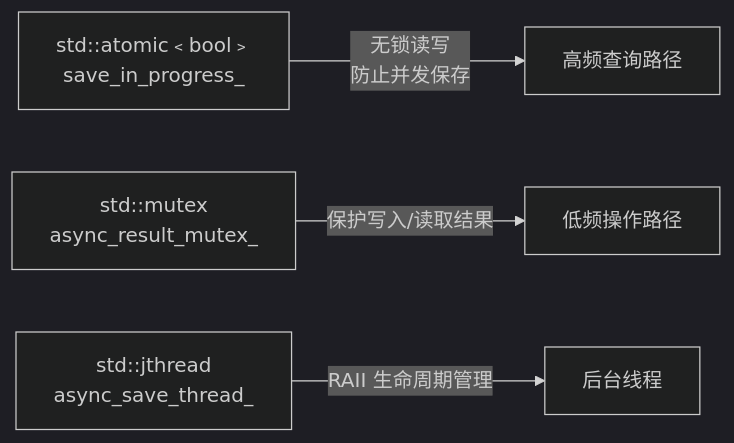
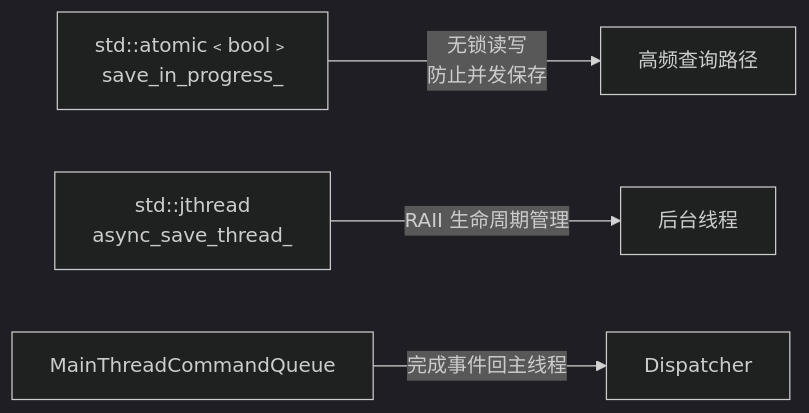
Before and after one commit to WispSnow/TinyFarmRPG: the second of 5 diagrams in docs/tutorial/multi-thread/09-background-save-io.md, drawn with Mermaid (dark theme). The commit also changed other lines of this file and 15 other files, not shown here.

````diff
--- a/docs/tutorial/multi-thread/09-background-save-io.md
+++ b/docs/tutorial/multi-thread/09-background-save-io.md
@@ -92,6 +90,6 @@
 ```mermaid
 flowchart LR
     A["std::atomic﹤bool﹥<br/>save_in_progress_"] --> |"无锁读写<br/>防止并发保存"| X["高频查询路径"]
-    B["std::mutex<br/>async_result_mutex_"] --> |"保护写入/读取结果"| Y["低频操作路径"]
-    C["std::jthread<br/>async_save_thread_"] --> |"RAII 生命周期管理"| Z["后台线程"]
+    B["std::jthread<br/>async_save_thread_"] --> |"RAII 生命周期管理"| Y["后台线程"]
+    C["MainThreadCommandQueue"] --> |"完成事件回主线程"| Z["Dispatcher"]
 ```
````
